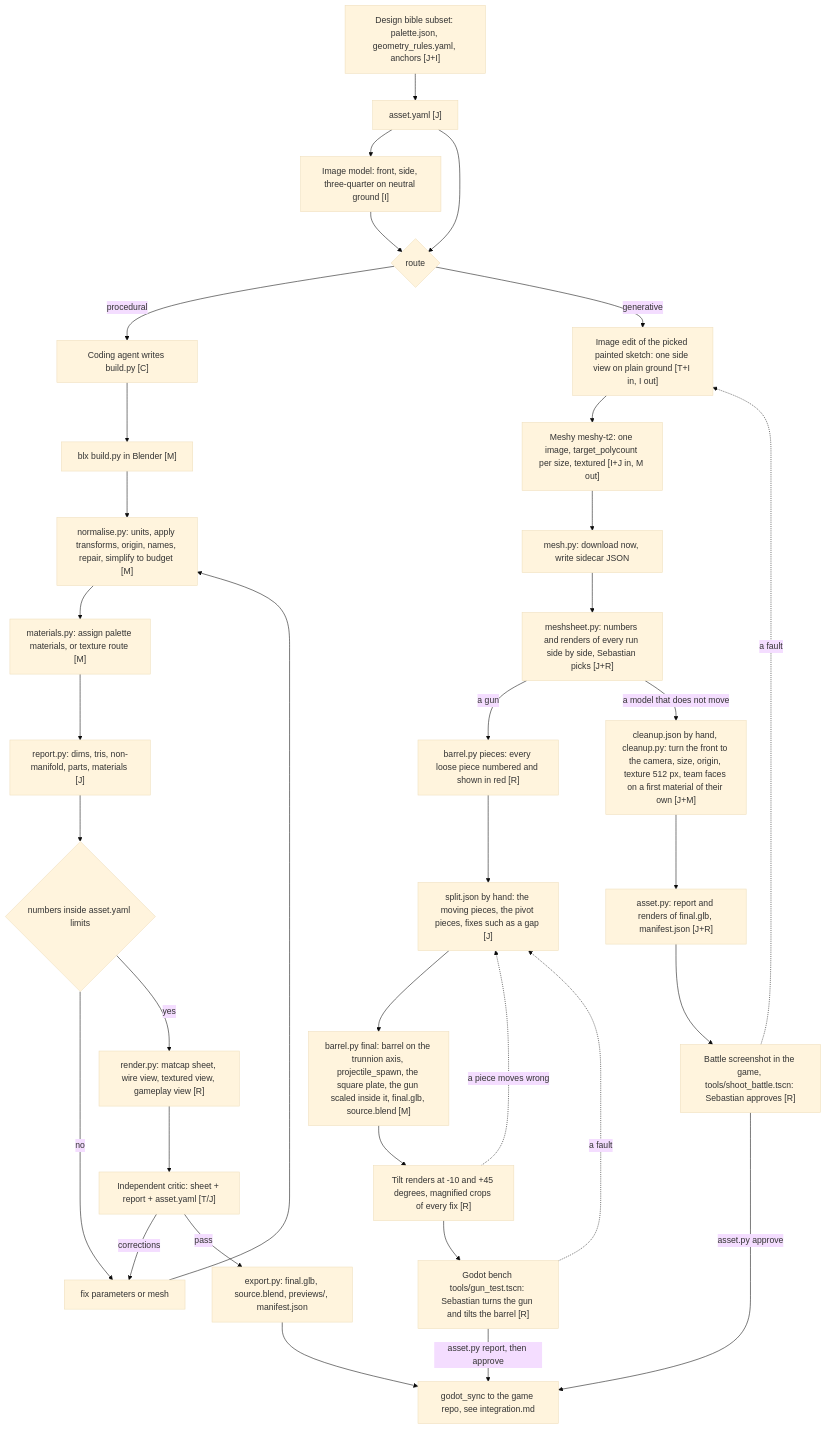
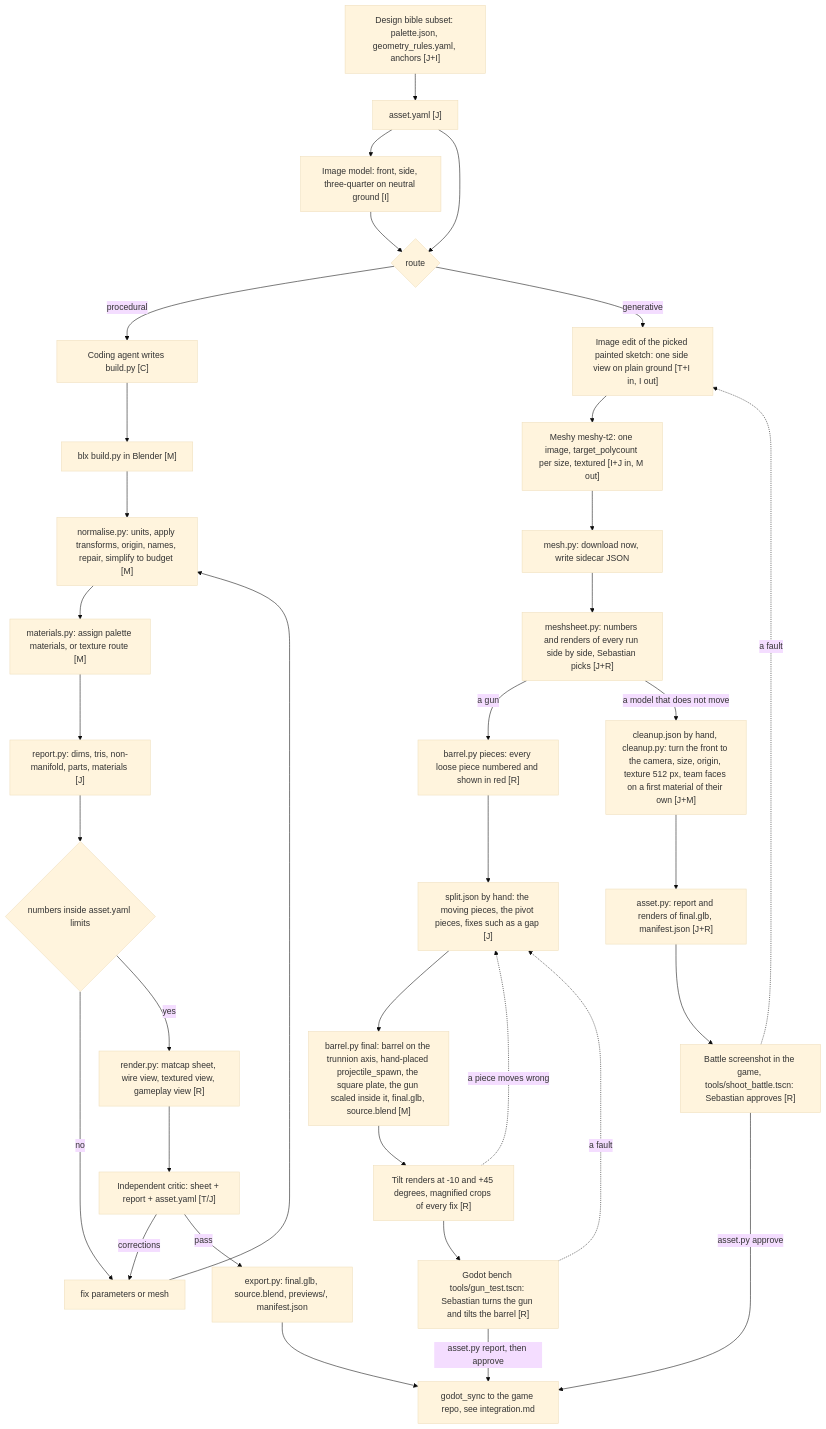
Before and after one commit to sebastianrueckerai/cannonade: the diagram in art/docs/process/assets-3d.md, drawn with Mermaid (base theme). The commit also changed other lines of this file and 19 other files, not shown here.

````diff
--- a/art/docs/process/assets-3d.md
+++ b/art/docs/process/assets-3d.md
@@ -5,37 +5,37 @@
 ```mermaid
 flowchart TB
     KIT["Design bible subset: palette.json, geometry_rules.yaml, anchors [J+I]"] --> AS
     AS["asset.yaml [J]"] --> REF["Image model: front, side, three-quarter on neutral ground [I]"]
     AS --> ROUTE{"route"}
     REF --> ROUTE
     ROUTE -->|procedural| CODE["Coding agent writes build.py [C]"]
     CODE --> RUN["blx build.py in Blender [M]"]
     ROUTE -->|generative| SIDE["Image edit of the picked painted sketch: one side view on plain ground [T+I in, I out]"]
     SIDE --> API["Meshy meshy-t2: one image, target_polycount per size, textured [I+J in, M out]"]
     API --> DL["mesh.py: download now, write sidecar JSON"]
     DL --> CMP["meshsheet.py: numbers and renders of every run side by side, Sebastian picks [J+R]"]
     CMP -->|a gun| PCS["barrel.py pieces: every loose piece numbered and shown in red [R]"]
     CMP -->|a model that does not move| CLN["cleanup.json by hand, cleanup.py: turn the front to the camera, size, origin, texture 512 px, team faces on a first material of their own [J+M]"]
     CLN --> GREP["asset.py: report and renders of final.glb, manifest.json [J+R]"]
     GREP --> SHOT["Battle screenshot in the game, tools/shoot_battle.tscn: Sebastian approves [R]"]
     SHOT -. a fault .-> SIDE
     SHOT -->|asset.py approve| SYNC
     PCS --> SPL["split.json by hand: the moving pieces, the pivot pieces, fixes such as a gap [J]"]
-    SPL --> FIN["barrel.py final: barrel on the trunnion axis, projectile_spawn, the square plate, the gun scaled inside it, final.glb, source.blend [M]"]
+    SPL --> FIN["barrel.py final: barrel on the trunnion axis, hand-placed projectile_spawn, the square plate, the gun scaled inside it, final.glb, source.blend [M]"]
     FIN --> TILT["Tilt renders at -10 and +45 degrees, magnified crops of every fix [R]"]
     TILT -. a piece moves wrong .-> SPL
     TILT --> BENCH["Godot bench tools/gun_test.tscn: Sebastian turns the gun and tilts the barrel [R]"]
     BENCH -. a fault .-> SPL
     BENCH -->|asset.py report, then approve| SYNC
     RUN --> NORM
     NORM["normalise.py: units, apply transforms, origin, names, repair, simplify to budget [M]"]
     NORM --> MAT["materials.py: assign palette materials, or texture route [M]"]
     MAT --> REP["report.py: dims, tris, non-manifold, parts, materials [J]"]
     REP --> GATE{"numbers inside asset.yaml limits"}
     GATE -->|no| FIX["fix parameters or mesh"] --> NORM
     GATE -->|yes| REN["render.py: matcap sheet, wire view, textured view, gameplay view [R]"]
     REN --> CRIT["Independent critic: sheet + report + asset.yaml [T/J]"]
     CRIT -->|corrections| FIX
     CRIT -->|pass| OUT["export.py: final.glb, source.blend, previews/, manifest.json"]
     OUT --> SYNC["godot_sync to the game repo, see integration.md"]
 ```
````
